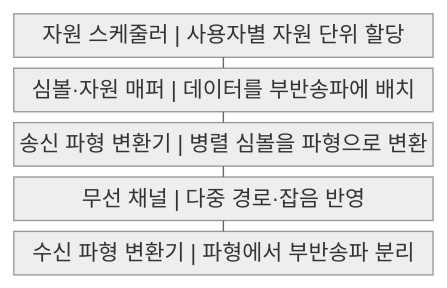
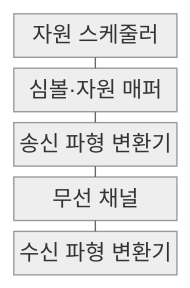
Before and after one commit to agnusdei1207/knowledge-base: the first of 2 diagrams in src/content/docs/notes/04-network/034_ofdm_ofdma.md, drawn with Mermaid (neutral theme). The commit also changed other lines of this file and 122 other files, not shown here.

````diff
--- a/src/content/docs/notes/04-network/034_ofdm_ofdma.md
+++ b/src/content/docs/notes/04-network/034_ofdm_ofdma.md
@@ -49,13 +49,13 @@
 ```mermaid
-block
+block-beta
     columns 1
-    A["자원 스케줄러 | 사용자별 자원 단위 할당"]
-    B["심볼·자원 매퍼 | 데이터를 부반송파에 배치"]
-    C["송신 파형 변환기 | 병렬 심볼을 파형으로 변환"]
-    D["무선 채널 | 다중 경로·잡음 반영"]
-    E["수신 파형 변환기 | 파형에서 부반송파 분리"]
+    A["자원 스케줄러"]
+    B["심볼·자원 매퍼"]
+    C["송신 파형 변환기"]
+    D["무선 채널"]
+    E["수신 파형 변환기"]
     A --- B
     B --- C
     C --- D
     D --- E
 ```
````
